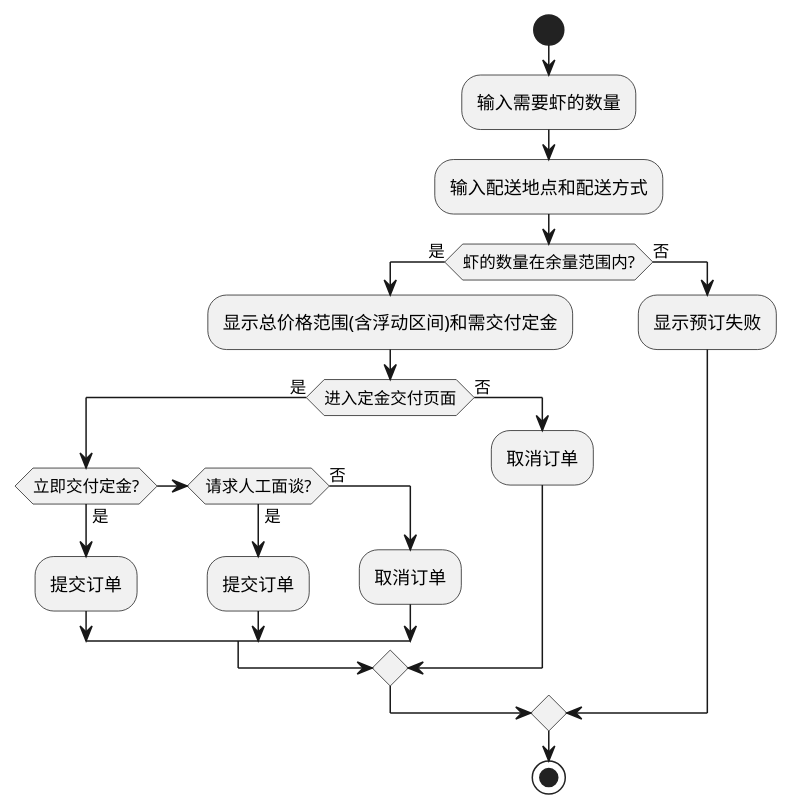
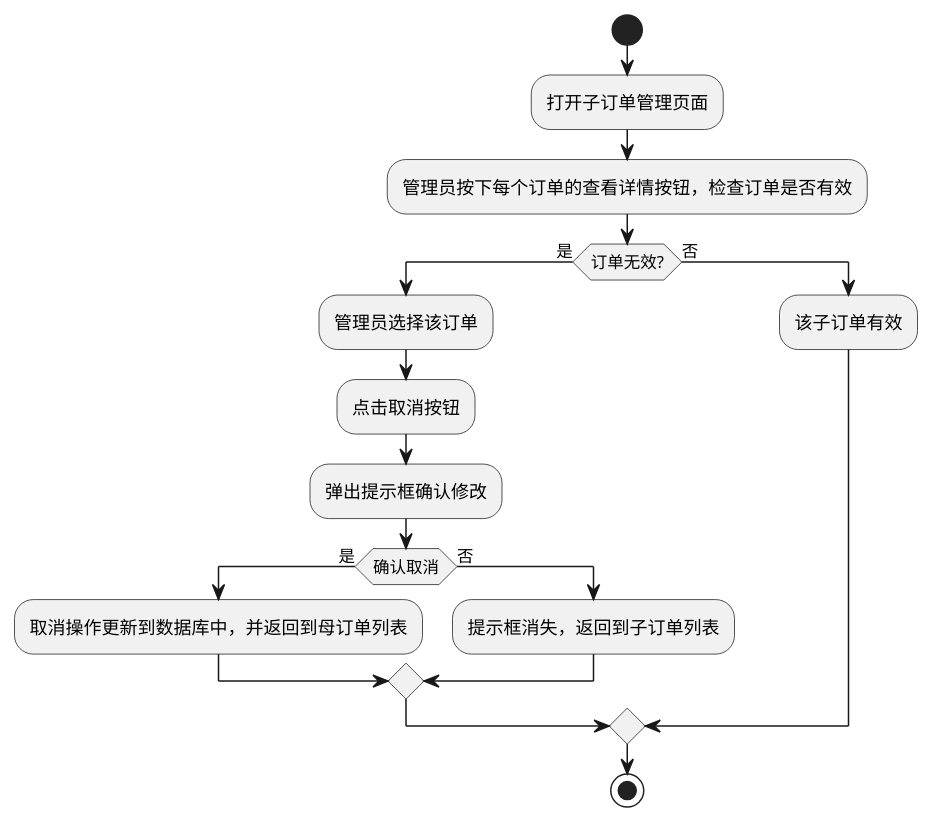
Before and after one commit to wwyf/Waterfall: the diagram in report/misc/figure_src/uc_sub/5_uc_admin_manage_subOrder.puml, drawn with PlantUML. The commit also changed 1 other file, not shown here.

```diff
--- a/report/misc/figure_src/uc_sub/5_uc_admin_manage_subOrder.puml
+++ b/report/misc/figure_src/uc_sub/5_uc_admin_manage_subOrder.puml
@@ -1,24 +1,19 @@
 @startuml
 
 start
-:输入需要虾的数量;
-:输入配送地点和配送方式;
-if (虾的数量在余量范围内?) then (是)
-    :显示总价格范围(含浮动区间)和需交付定金;
-
-    if (进入定金交付页面) then (是)
-        if (立即交付定金?) then (是)
-            :提交订单;
-        elseif (请求人工面谈?) then (是)
-            :提交订单;
-        else (否)
-            :取消订单;
-        endif
-    else (否)
-        :取消订单;
+:打开子订单管理页面;
+:管理员按下每个订单的查看详情按钮，检查订单是否有效;
+if (订单无效?) then (是)
+    :管理员选择该订单;
+    :点击取消按钮;
+    :弹出提示框确认修改;
+    if (确认取消) then (是)
+        :取消操作更新到数据库中，并返回到母订单列表;
+    else (否);
+        :提示框消失，返回到子订单列表;
     endif
 else (否)
-    :显示预订失败;
+    :该子订单有效;
 endif
 stop
 @enduml
```
